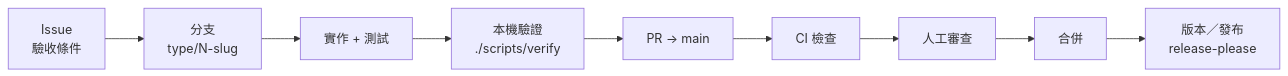
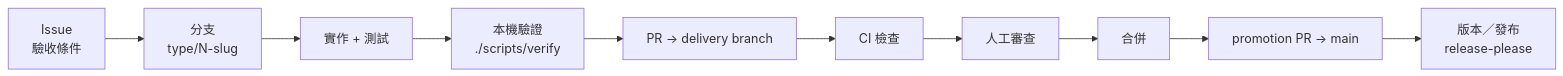
Before and after one commit to Innoguard-Cyber-Arch/csarc-repo-template: the diagram in README.md, drawn with Mermaid. The commit also changed other lines of this file and 26 other files, not shown here.

Commit message:
feat(governance): add delivery branch routing (#186)

````diff
--- a/README.md
+++ b/README.md
@@ -61,11 +61,12 @@
 ```mermaid
 flowchart LR
     A["Issue<br/>驗收條件"] --> B["分支<br/>type/N-slug"]
     B --> C["實作 + 測試"]
     C --> D["本機驗證<br/>./scripts/verify"]
-    D --> E["PR → main"]
+    D --> E["PR → delivery branch"]
     E --> F["CI 檢查"]
     F --> G["人工審查"]
     G --> H["合併"]
-    H --> I["版本／發布<br/>release-please"]
+    H --> I["promotion PR → main"]
+    I --> J["版本／發布<br/>release-please"]
 ```
````
